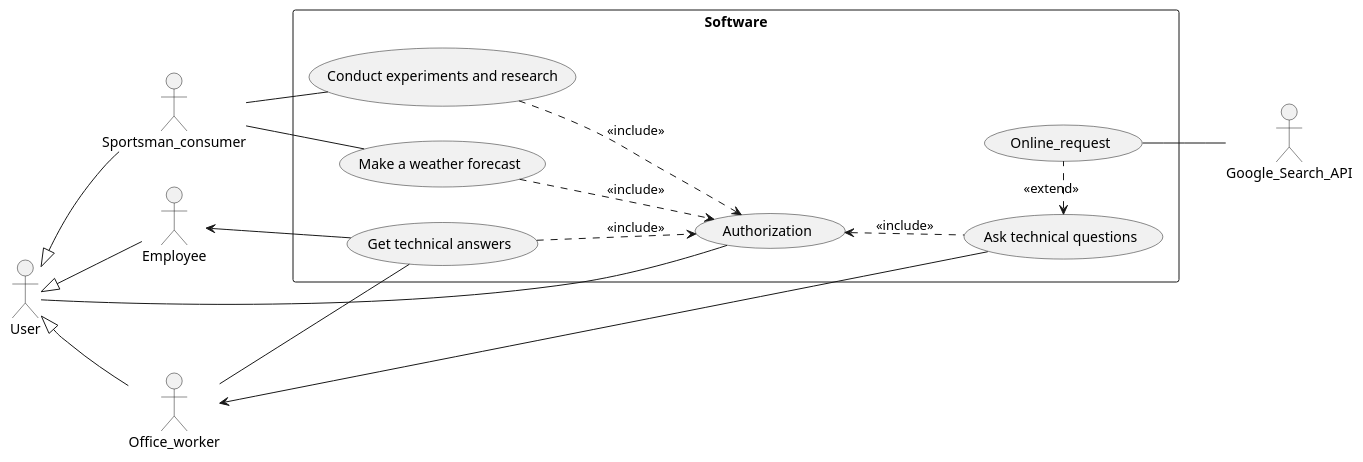
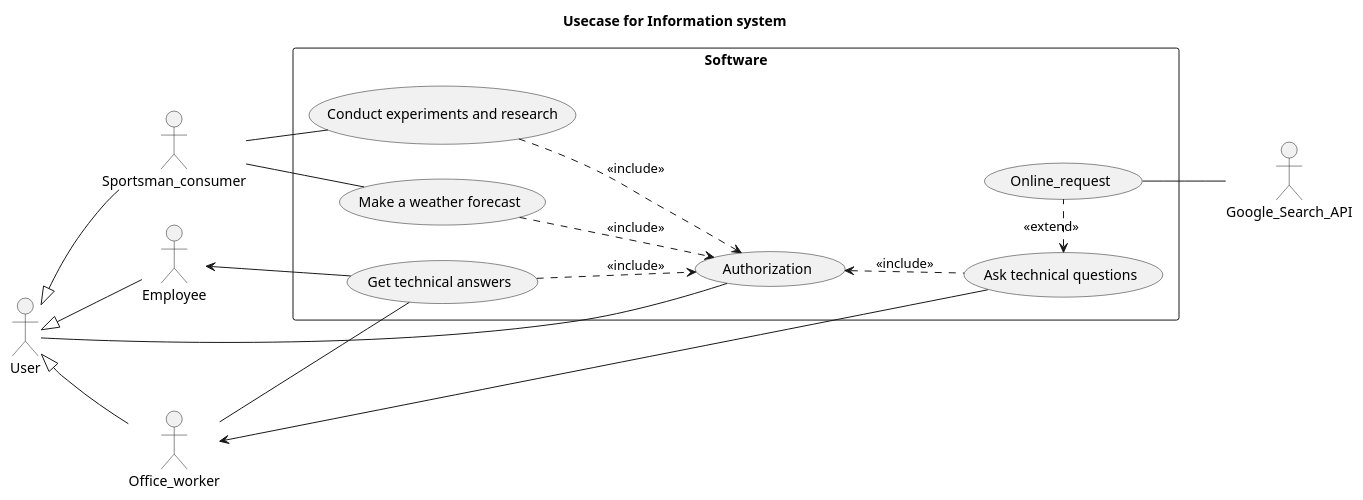
Before and after one commit to oleksandrblazhko/ai201-tsigankova: the diagram in 2-SoftwareDesign/2.7-PlantUML/UML-UseCase.puml, drawn with PlantUML.

```diff
--- a/2-SoftwareDesign/2.7-PlantUML/UML-UseCase.puml
+++ b/2-SoftwareDesign/2.7-PlantUML/UML-UseCase.puml
@@ -1,30 +1,31 @@
 @startuml 
+title Usecase for Information system
 left to right direction
 skinparam packageStyle rect
 actor User
 actor Employee
 actor Sportsman_consumer
 actor Office_worker
 actor Google_Search_API
 rectangle Software {
   User -- (Authorization)
   User <|-- Sportsman_consumer
   User <|-- Employee
   User <|-- Office_worker
   
   Employee <-- (Get technical answers)
   (Ask technical questions) --> Office_worker
   (Online_request) -- Google_Search_API
   Sportsman_consumer -- (Conduct experiments and research)
   Sportsman_consumer -- (Make a weather forecast)
   Office_worker -- (Get technical answers)
   
   (Get technical answers) ..> (Authorization) : <<include>>
   (Conduct experiments and research) ..> (Authorization) : <<include>>
   (Make a weather forecast) ..> (Authorization) : <<include>>
   
   (Authorization) <.. (Ask technical questions) : <<include>>
   
   (Ask technical questions) <. (Online_request) : <<extend>>
 }
 @enduml
```
